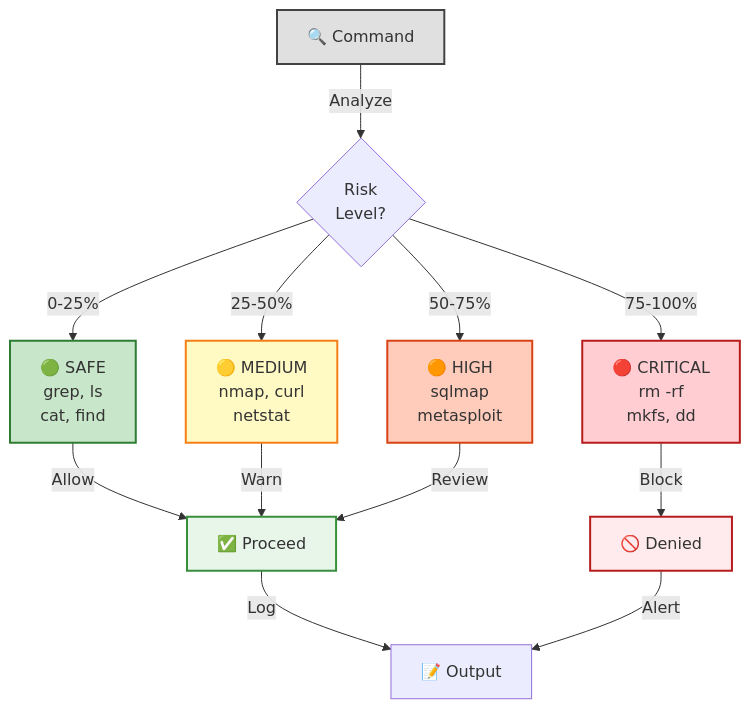
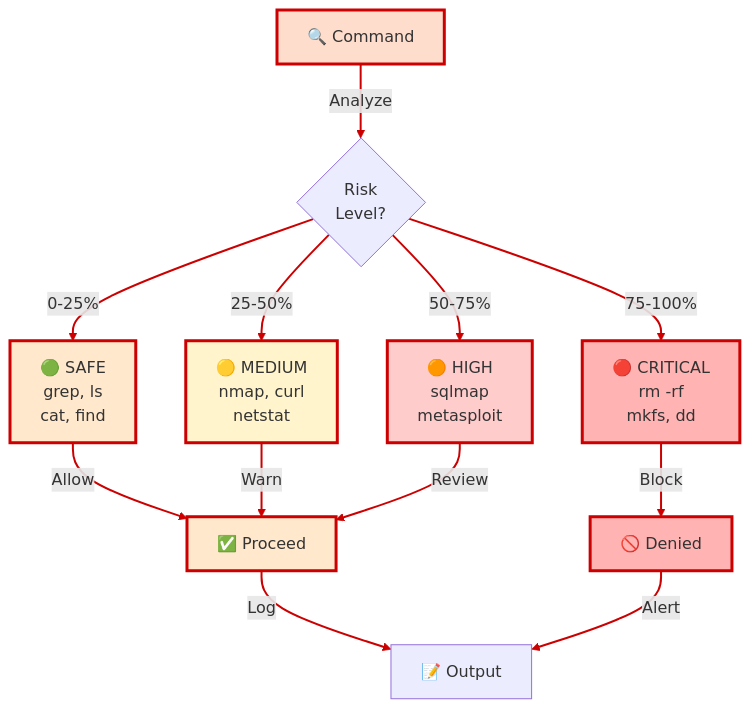
Before and after one commit to ITSsafer-DevOps/K.A.O.S: the fourth of 4 diagrams in README.md, drawn with Mermaid. The commit also changed other lines of this file, not shown here.

Commit message:
Updated README with hackerski-styled diagrams and rewritten overview for penetration testers

````diff
--- a/README.md
+++ b/README.md
@@ -354,25 +367,26 @@
 ```mermaid
 graph TD
     INPUT["🔍 Command"] -->|Analyze| CHECK{"Risk<br/>Level?"}
     
     CHECK -->|0-25%| SAFE["🟢 SAFE<br/>grep, ls<br/>cat, find"]
     CHECK -->|25-50%| MEDIUM["🟡 MEDIUM<br/>nmap, curl<br/>netstat"]
     CHECK -->|50-75%| HIGH["🟠 HIGH<br/>sqlmap<br/>metasploit"]
     CHECK -->|75-100%| CRITICAL["🔴 CRITICAL<br/>rm -rf<br/>mkfs, dd"]
     
     SAFE -->|Allow| RESPONSE["✅ Proceed"]
     MEDIUM -->|Warn| RESPONSE
     HIGH -->|Review| RESPONSE
     CRITICAL -->|Block| BLOCKED["🚫 Denied"]
     
     RESPONSE -->|Log| OUTPUT["📝 Output"] 
     BLOCKED -->|Alert| OUTPUT
     
-    style INPUT fill:#e0e0e0,stroke:#424242,stroke-width:2px
-    style SAFE fill:#c8e6c9,stroke:#2e7d32,stroke-width:2px
-    style MEDIUM fill:#fff9c4,stroke:#f57f17,stroke-width:2px
-    style HIGH fill:#ffccbc,stroke:#d84315,stroke-width:2px
-    style CRITICAL fill:#ffcdd2,stroke:#b71c1c,stroke-width:2px
-    style RESPONSE fill:#e8f5e9,stroke:#388e3c,stroke-width:2px
-    style BLOCKED fill:#ffebee,stroke:#b71c1c,stroke-width:2px
+    style INPUT fill:#ffddcc,stroke:#CC0000,stroke-width:3px,color:#333
+    style SAFE fill:#ffe8cc,stroke:#CC0000,stroke-width:3px,color:#333
+    style MEDIUM fill:#fff4cc,stroke:#CC0000,stroke-width:3px,color:#333
+    style HIGH fill:#ffcccc,stroke:#CC0000,stroke-width:3px,color:#333
+    style CRITICAL fill:#FFB3B3,stroke:#CC0000,stroke-width:3px,color:#333
+    style RESPONSE fill:#ffe8cc,stroke:#CC0000,stroke-width:3px,color:#333
+    style BLOCKED fill:#FFB3B3,stroke:#CC0000,stroke-width:3px,color:#333
+    linkStyle default stroke:#CC0000,stroke-width:2px
 ```
````
